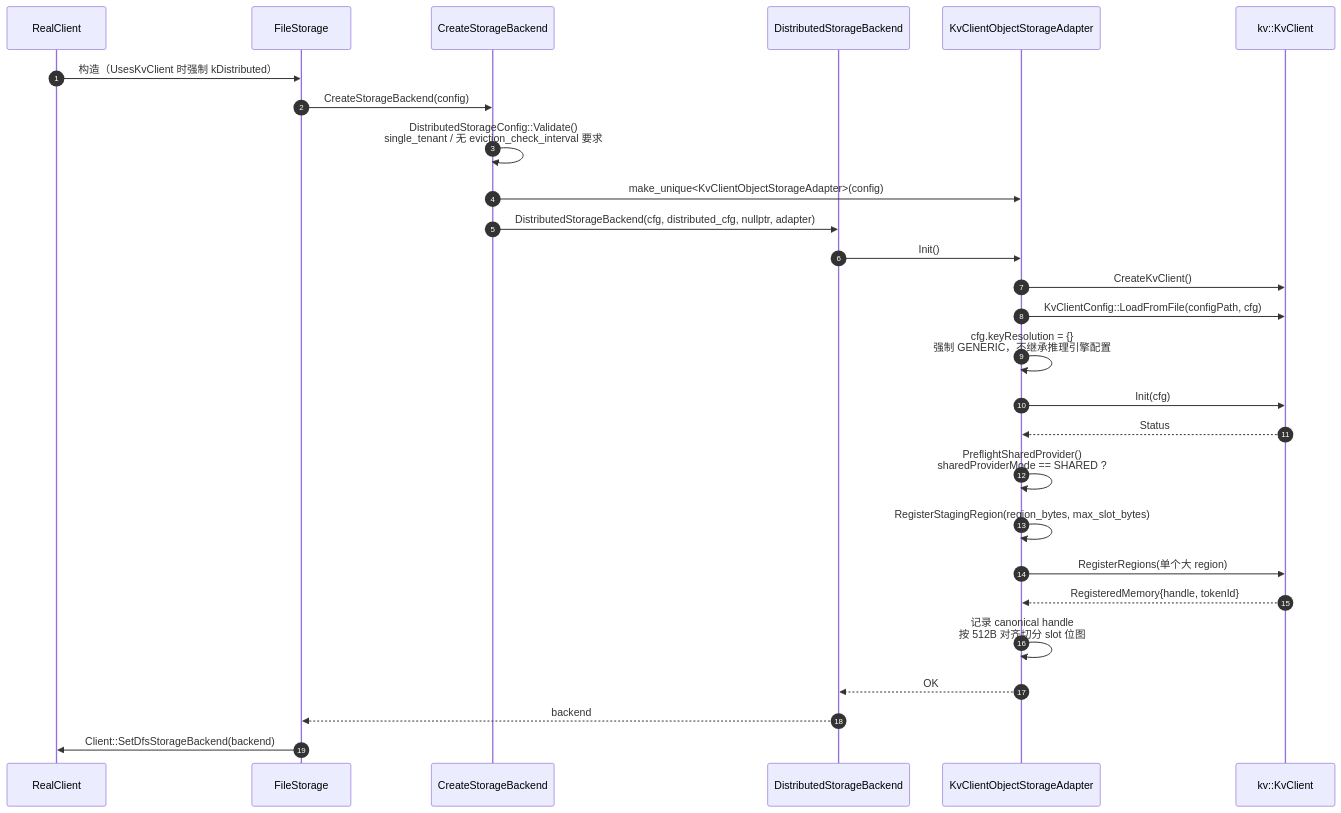
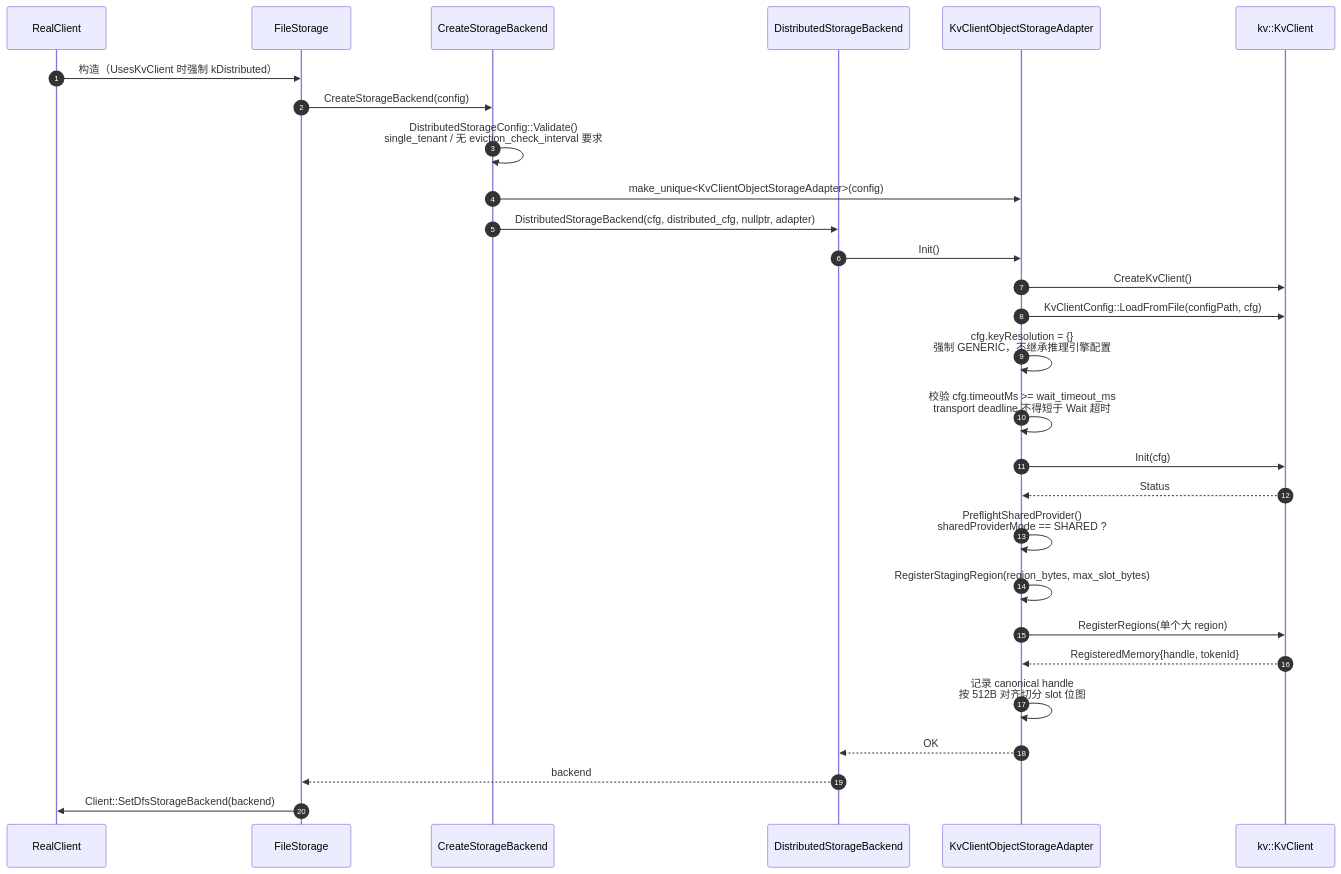
The eighth of 13 diagrams in Mooncake + KVClient L3 接入（Kvcs）- v3.md (zwj20000328-dotcom/Mooncake-documents), drawn with Mermaid before and after one commit. The commit also changed other lines of this file, not shown here.

````diff
--- a/Mooncake + KVClient L3 接入（Kvcs）- v3.md
+++ b/Mooncake + KVClient L3 接入（Kvcs）- v3.md
@@ -552,30 +552,31 @@
 ```mermaid
 sequenceDiagram
     autonumber
     participant RC as RealClient
     participant FS as FileStorage
     participant F as CreateStorageBackend
     participant BE as DistributedStorageBackend
     participant AD as KvClientObjectStorageAdapter
     participant SDK as kv::KvClient
 
     RC->>FS: 构造（UsesKvClient 时强制 kDistributed）
     FS->>F: CreateStorageBackend(config)
     F->>F: DistributedStorageConfig::Validate()<br/>single_tenant / 无 eviction_check_interval 要求
     F->>AD: make_unique<KvClientObjectStorageAdapter>(config)
     F->>BE: DistributedStorageBackend(cfg, distributed_cfg, nullptr, adapter)
     BE->>AD: Init()
     AD->>SDK: CreateKvClient()
     AD->>SDK: KvClientConfig::LoadFromFile(configPath, cfg)
     AD->>AD: cfg.keyResolution = {}<br/>强制 GENERIC，不继承推理引擎配置
+    AD->>AD: 校验 cfg.timeoutMs >= wait_timeout_ms<br/>transport deadline 不得短于 Wait 超时
     AD->>SDK: Init(cfg)
     SDK-->>AD: Status
     AD->>AD: PreflightSharedProvider()<br/>sharedProviderMode == SHARED ?
     AD->>AD: RegisterStagingRegion(region_bytes, max_slot_bytes)
     AD->>SDK: RegisterRegions(单个大 region)
     SDK-->>AD: RegisteredMemory{handle, tokenId}
     AD->>AD: 记录 canonical handle<br/>按 512B 对齐切分 slot 位图
     AD-->>BE: OK
     BE-->>FS: backend
     FS->>RC: Client::SetDfsStorageBackend(backend)
 ```
````
